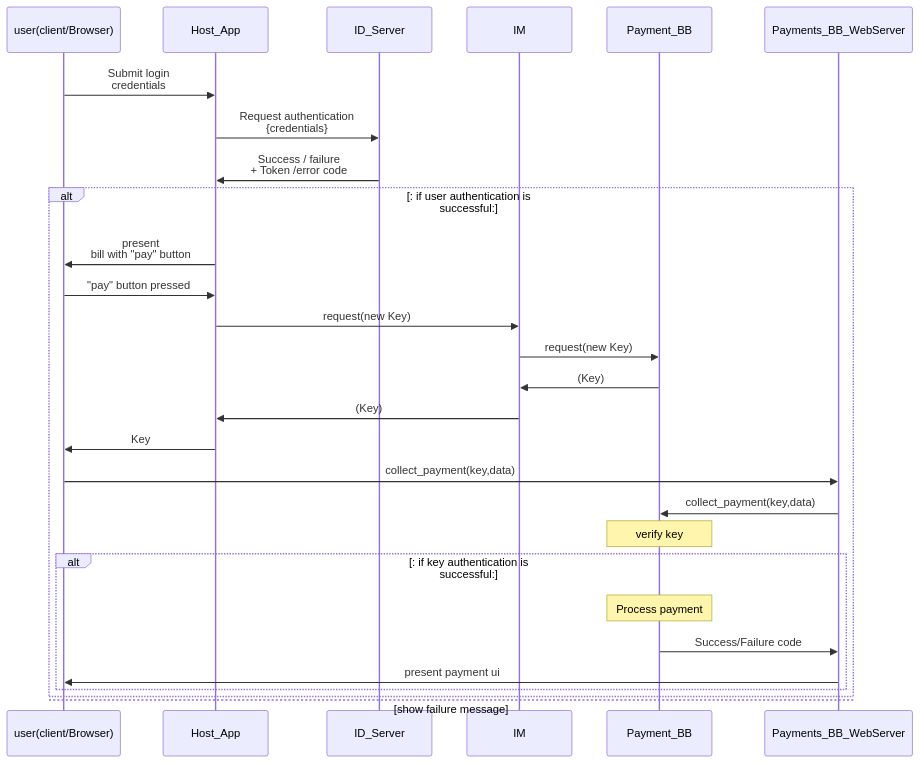
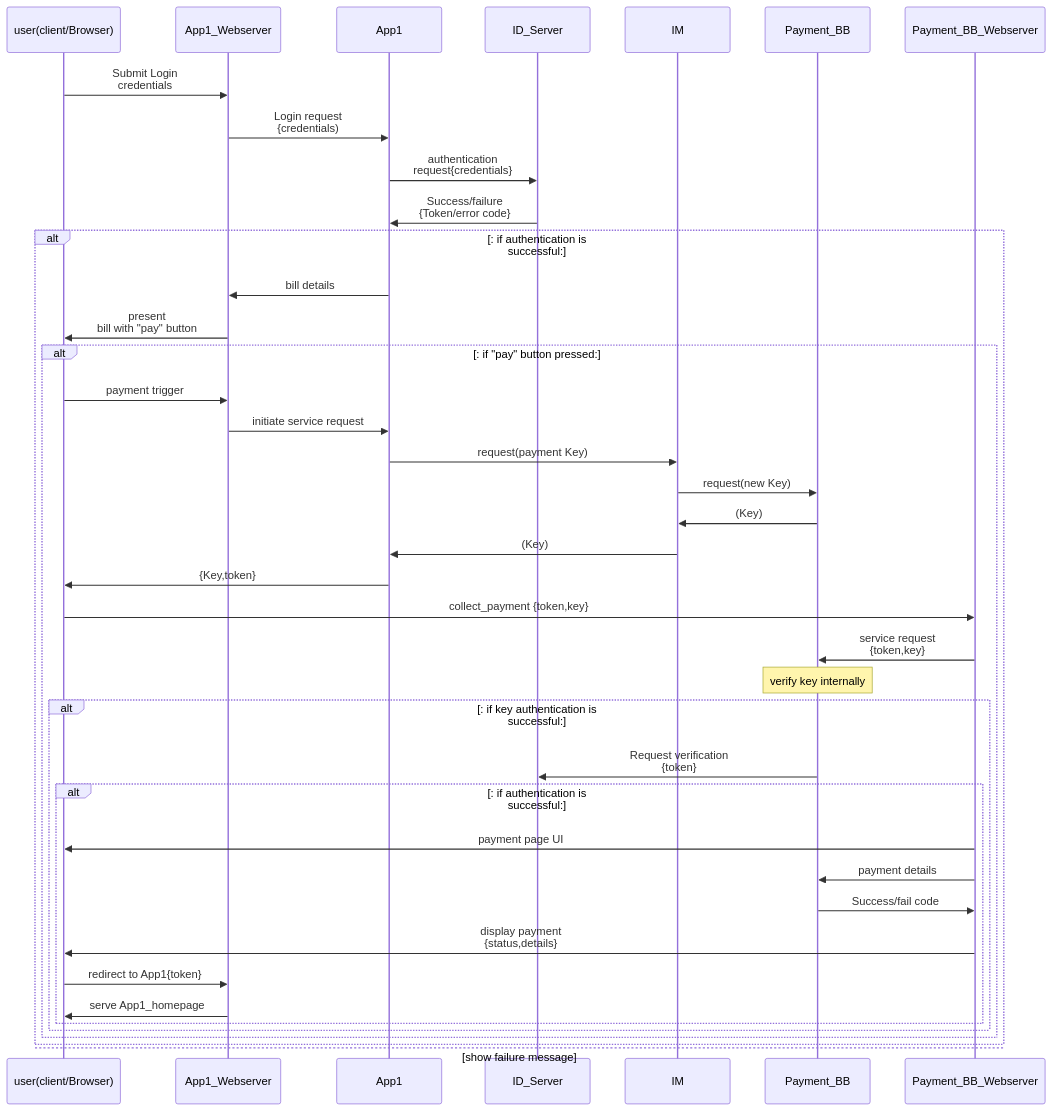
The fourth of 4 diagrams in architecture-and-nonfunctional-requirements/8-future-considerations.md (GovStackWorkingGroup/specifications), drawn with Mermaid before and after one commit. The commit also changed other lines of this file, not shown here.

Commit message:
GITBOOK-218: adding sequence diagram

````diff
--- a/architecture-and-nonfunctional-requirements/8-future-considerations.md
+++ b/architecture-and-nonfunctional-requirements/8-future-considerations.md
@@ -204,24 +204,35 @@
 ```mermaid
 sequenceDiagram
-user(client/Browser)->>Host_App: Submit login <br> credentials 
-Host_App->>ID_Server: Request authentication<br>{credentials}
-ID_Server->>Host_App: Success / failure <br>+ Token /error code
-alt: if user authentication is <br>successful:
-   Host_App->>user(client/Browser): present <br>bill with "pay" button
-   user(client/Browser)->>Host_App: "pay" button pressed 
-   Host_App->>IM:request(new Key)
-   IM->>Payment_BB:request(new Key)
-   Payment_BB->>IM:(Key)
-   IM->>Host_App: (Key)
-   Host_App->>user(client/Browser): Key
-   user(client/Browser)->> Payments_BB_WebServer: collect_payment(key,data)
-   Payments_BB_WebServer->>Payment_BB: collect_payment(key,data)
-   note over Payment_BB: verify key
-   alt: if key authentication is <br>successful:
-     note over Payment_BB: Process payment
-     Payment_BB->>Payments_BB_WebServer: Success/Failure code
-     Payments_BB_WebServer->>user(client/Browser): present payment ui 
-    end
+user(client/Browser)->>App1_Webserver: Submit Login <br>credentials 
+App1_Webserver->>App1: Login request<br>{credentials)
+App1->>ID_Server: authentication <br>request{credentials}
+ID_Server->>App1: Success/failure<br>{Token/error code}
+alt: if authentication is <br>successful:
+   App1->>App1_Webserver: bill details
+   App1_Webserver->>user(client/Browser): present <br>bill with "pay" button
+   alt: if "pay" button pressed:
+      user(client/Browser)->>App1_Webserver: payment trigger
+      App1_Webserver->>App1: initiate service request
+      App1->>IM:request(payment Key)
+      IM->>Payment_BB:request(new Key)
+      Payment_BB->>IM:(Key)
+      IM->>App1: (Key)
+      App1->>user(client/Browser): {Key,token}
+      user(client/Browser)->>Payment_BB_Webserver:  collect_payment {token,key}
+      Payment_BB_Webserver->>Payment_BB:service request<br>{token,key}
+      note over Payment_BB: verify key internally
+      alt: if key authentication is <br>successful:
+         Payment_BB->>ID_Server: Request verification <br>{token}
+         alt: if authentication is <br>successful:
+           Payment_BB_Webserver->>user(client/Browser):payment page UI
+           Payment_BB_Webserver->>Payment_BB: payment details
+           Payment_BB->>Payment_BB_Webserver: Success/fail code
+           Payment_BB_Webserver->>user(client/Browser): display payment<br>{status,details}
+           user(client/Browser)->>App1_Webserver:redirect to App1{token}
+           App1_Webserver->>user(client/Browser): serve App1_homepage
+         end
+      end
+   end
 else show failure message
 end
 ```
````
